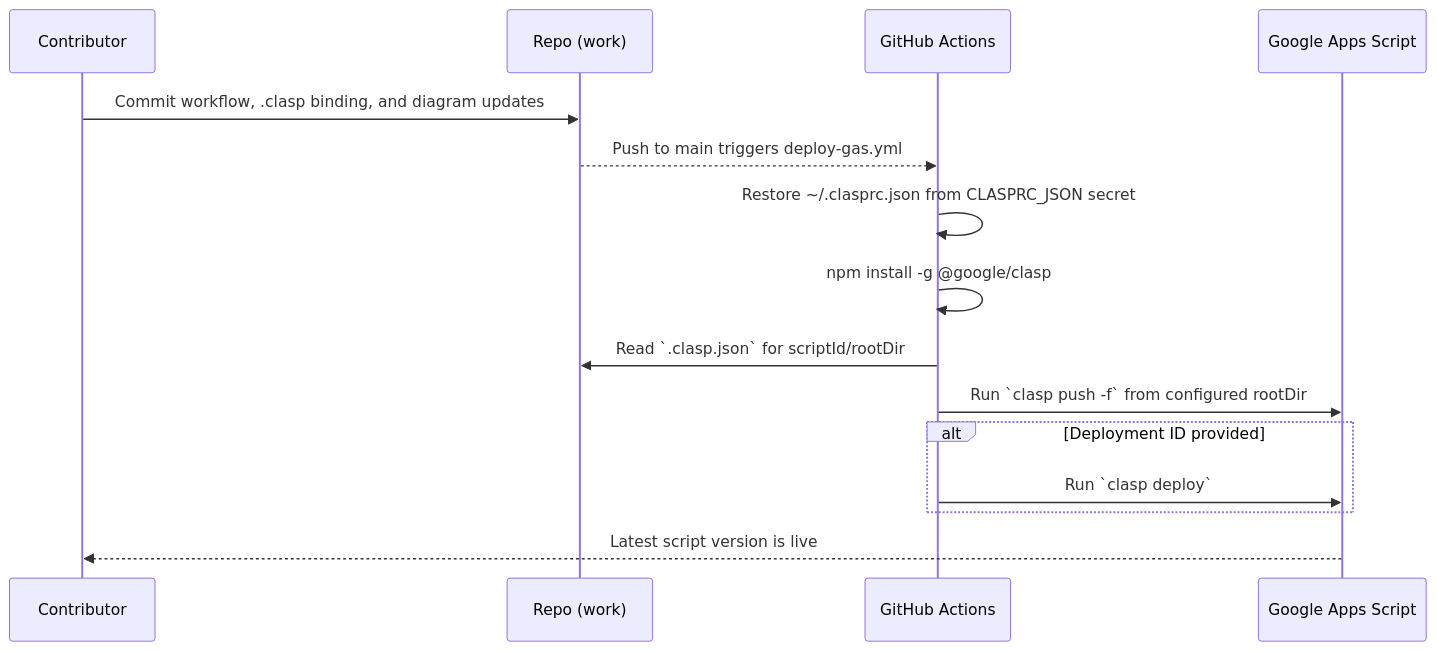
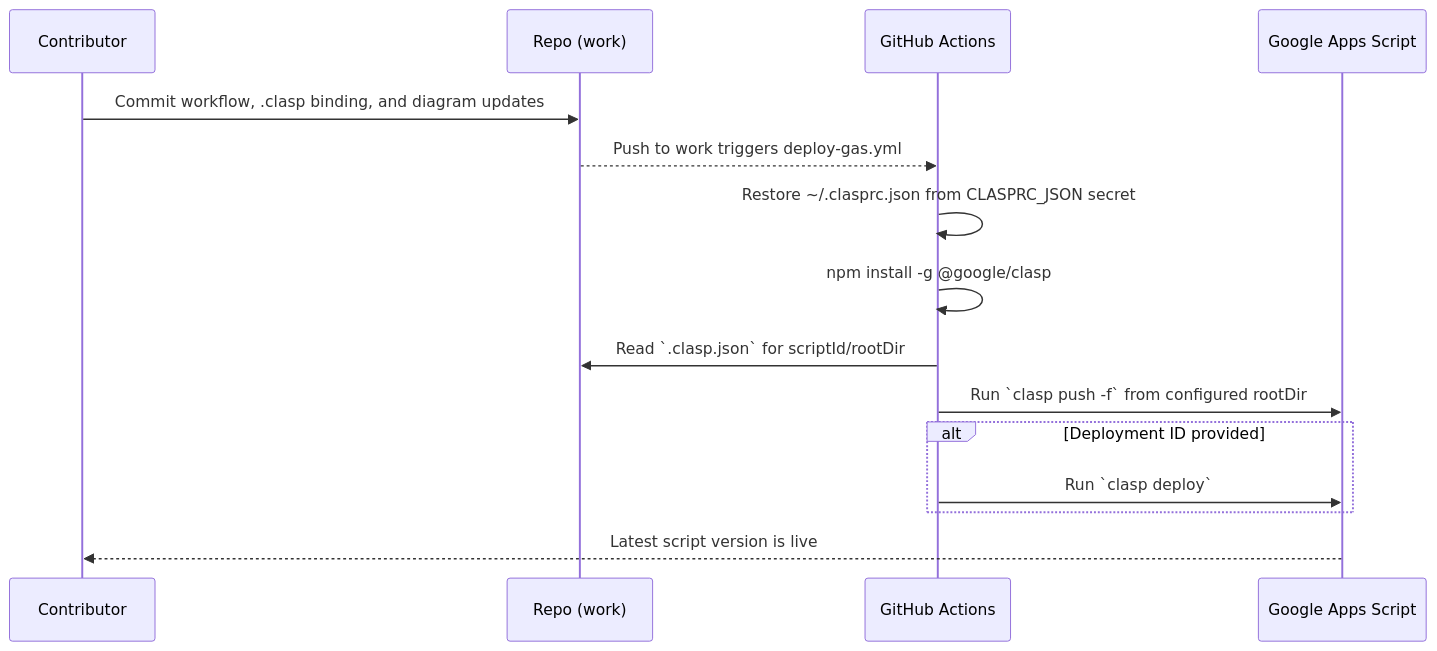
Before and after one commit to muyueh/test-clasp: the third of 5 diagrams in README.md, drawn with Mermaid. The commit also changed other lines of this file and 1 other file, not shown here.

Commit message:
Align deploy workflow with work branch

````diff
--- a/README.md
+++ b/README.md
@@ -33,17 +38,17 @@
 ```mermaid
 sequenceDiagram
     participant Dev as Contributor
     participant Repo as Repo (work)
     participant CI as GitHub Actions
     participant GAS as Google Apps Script
     Dev->>Repo: Commit workflow, .clasp binding, and diagram updates
-    Repo-->>CI: Push to main triggers deploy-gas.yml
+    Repo-->>CI: Push to work triggers deploy-gas.yml
     CI->>CI: Restore ~/.clasprc.json from CLASPRC_JSON secret
     CI->>CI: npm install -g @google/clasp
     CI->>Repo: Read `.clasp.json` for scriptId/rootDir
     CI->>GAS: Run `clasp push -f` from configured rootDir
     alt Deployment ID provided
         CI->>GAS: Run `clasp deploy`
     end
     GAS-->>Dev: Latest script version is live
 ```
````
